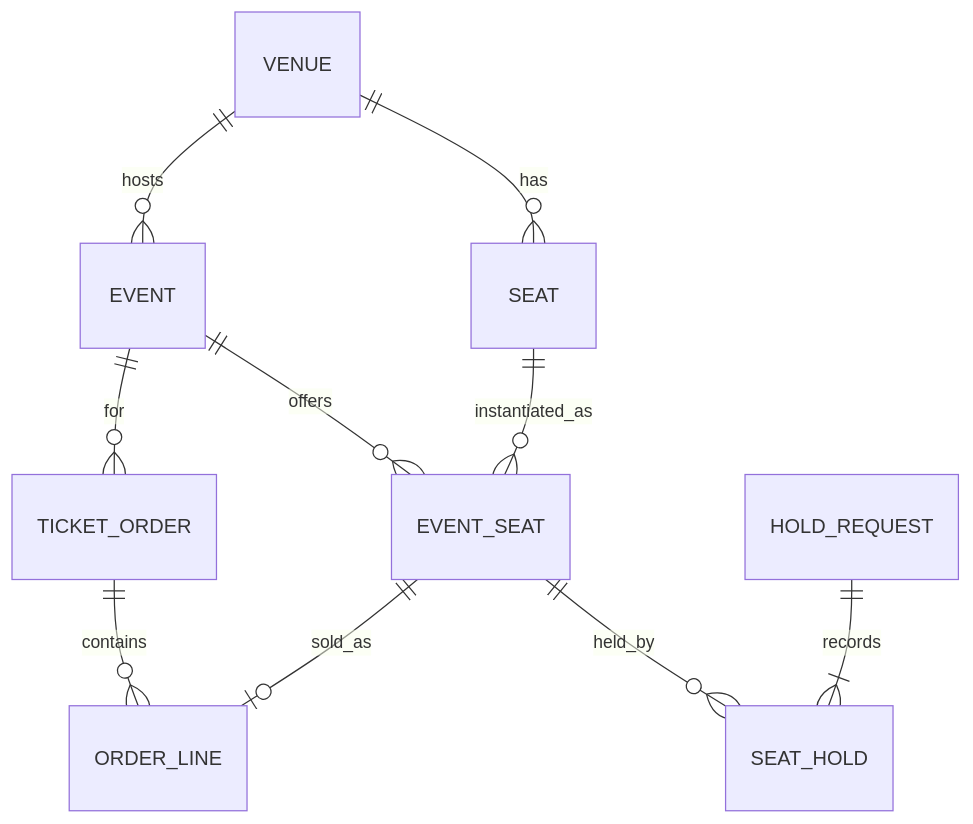
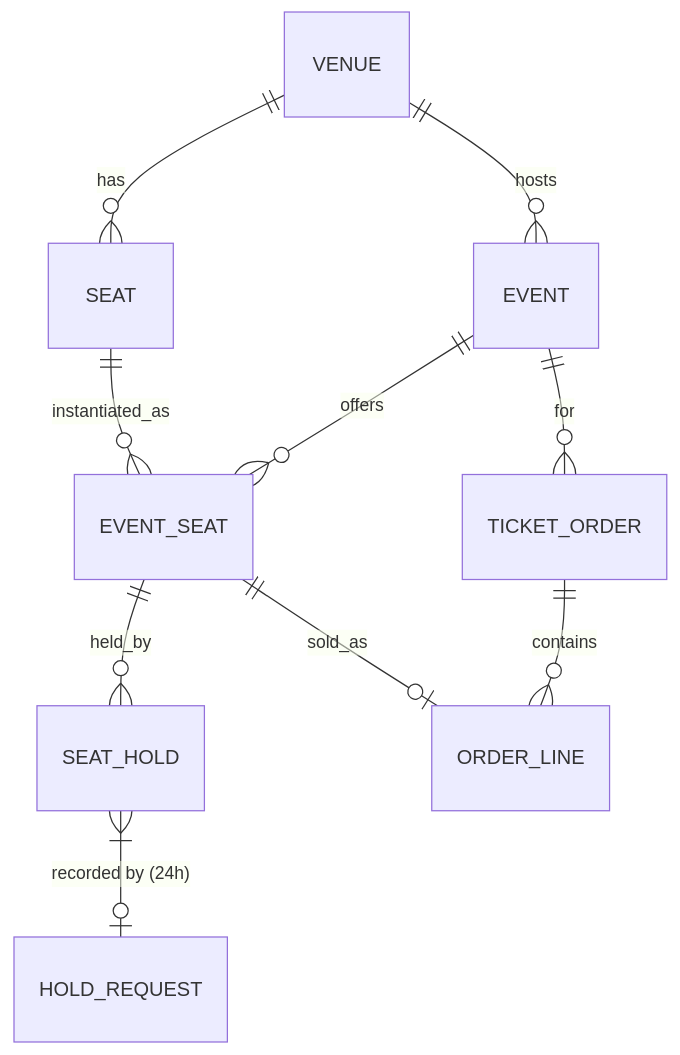
Before and after one commit to markusluisflores/frontrow: the second of 2 diagrams in docs/superpowers/specs/2026-09-17-frontrow-design.md, drawn with Mermaid. The commit also changed other lines of this file and 1 other file, not shown here.

````diff
--- a/docs/superpowers/specs/2026-09-17-frontrow-design.md
+++ b/docs/superpowers/specs/2026-09-17-frontrow-design.md
@@ -167,12 +172,12 @@
 ```mermaid
 erDiagram
     VENUE ||--o{ SEAT : has
     VENUE ||--o{ EVENT : hosts
     EVENT ||--o{ EVENT_SEAT : offers
     SEAT ||--o{ EVENT_SEAT : instantiated_as
     EVENT_SEAT ||--o{ SEAT_HOLD : held_by
     EVENT_SEAT ||--o| ORDER_LINE : sold_as
     TICKET_ORDER ||--o{ ORDER_LINE : contains
     EVENT ||--o{ TICKET_ORDER : for
-    HOLD_REQUEST ||--|{ SEAT_HOLD : records
+    SEAT_HOLD }|--o| HOLD_REQUEST : "recorded by (24h)"
 ```
````
